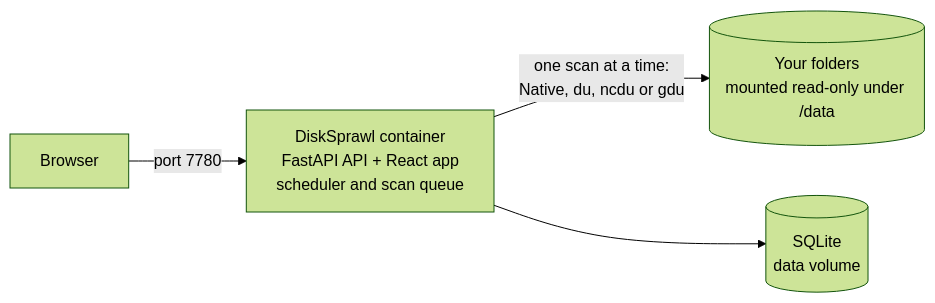
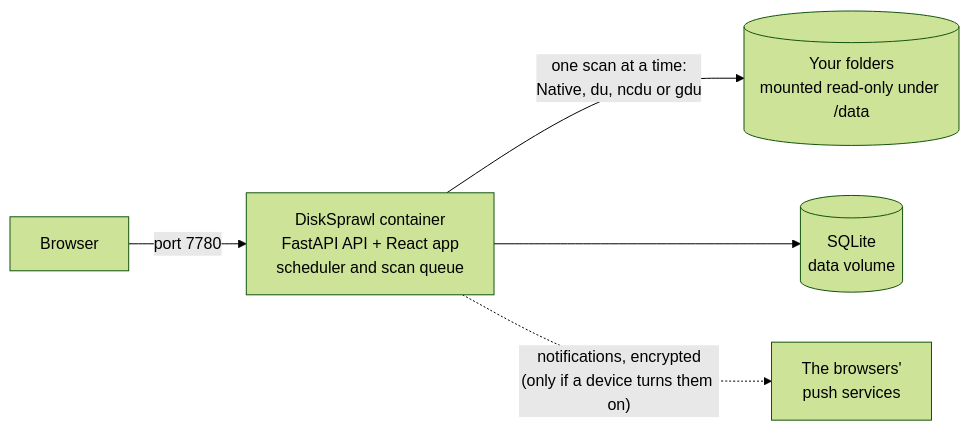
The diagram in README.md (DrDonoso/disksprawl), drawn with Mermaid (forest theme) before and after one commit. The commit also changed other lines of this file and 44 other files, not shown here.

````diff
--- a/README.md
+++ b/README.md
@@ -135,6 +139,7 @@
 ```mermaid
 flowchart LR
   browser["Browser"] -- "port 7780" --> app["DiskSprawl container<br/>FastAPI API + React app<br/>scheduler and scan queue"]
   app -- "one scan at a time:<br/>Native, du, ncdu or gdu" --> folders[("Your folders<br/>mounted read-only under /data")]
   app --> db[("SQLite<br/>data volume")]
+  app -. "notifications, encrypted<br/>(only if a device turns them on)" .-> push["The browsers'<br/>push services"]
 ```
````
